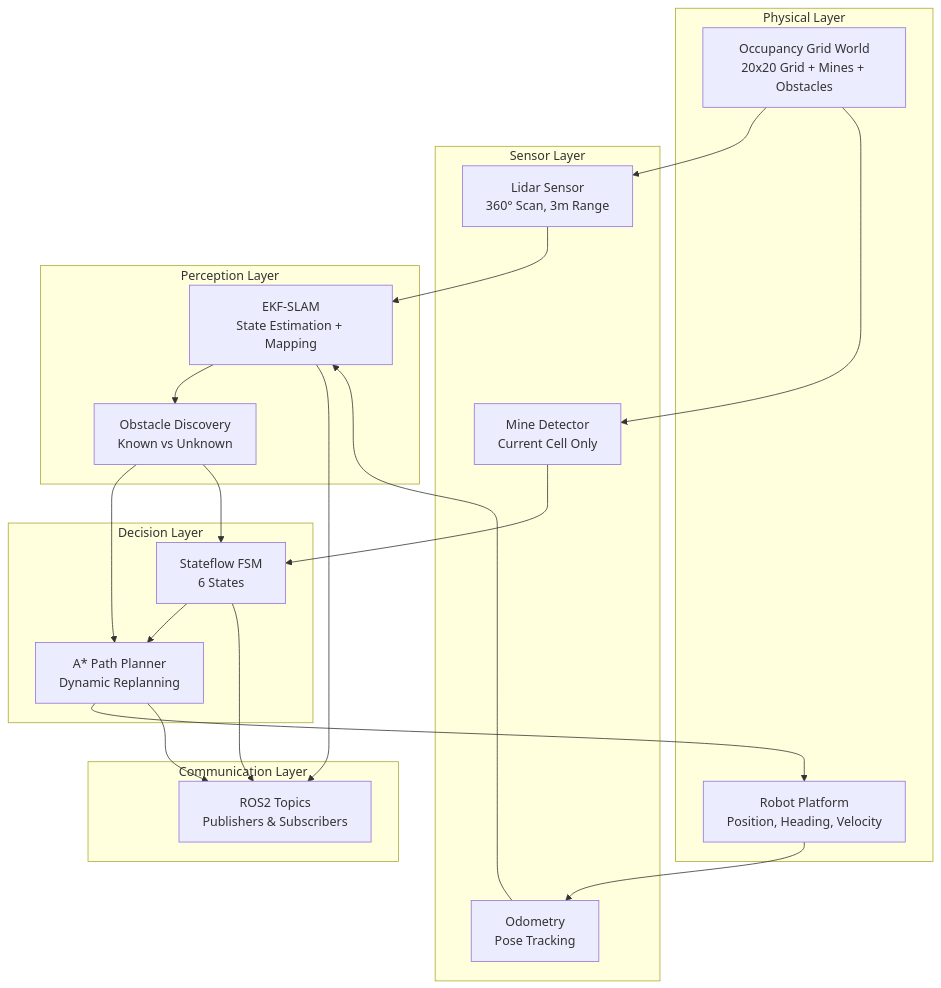
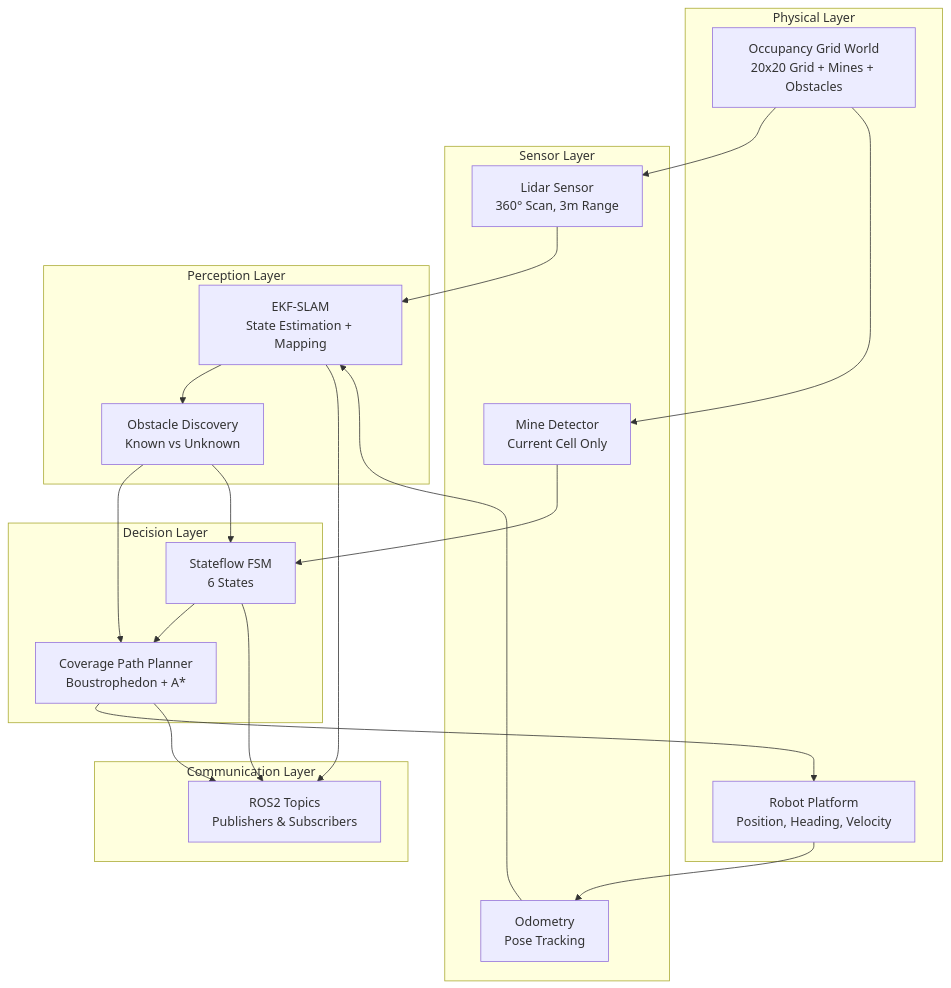
One commit to joeMo942/Mine-Sweeper-Robot changed the first of 4 diagrams in docs/ARCHITECTURE.md. Above: the diagram before and after it, drawn with Mermaid. The commit also changed other lines of this file and 6 other files, not shown here.

````diff
--- a/docs/ARCHITECTURE.md
+++ b/docs/ARCHITECTURE.md
@@ -5,46 +5,46 @@
 ```mermaid
 graph TB
     subgraph "Physical Layer"
         WORLD[Occupancy Grid World<br/>20x20 Grid + Mines + Obstacles]
         ROBOT[Robot Platform<br/>Position, Heading, Velocity]
     end
     
     subgraph "Sensor Layer"
         LIDAR[Lidar Sensor<br/>360° Scan, 3m Range]
         MINE_DET[Mine Detector<br/>Current Cell Only]
         ODOM[Odometry<br/>Pose Tracking]
     end
     
     subgraph "Perception Layer"
         SLAM[EKF-SLAM<br/>State Estimation + Mapping]
         DISCOVERY[Obstacle Discovery<br/>Known vs Unknown]
     end
     
     subgraph "Decision Layer"
         FSM[Stateflow FSM<br/>6 States]
-        PLANNER[A* Path Planner<br/>Dynamic Replanning]
+        PLANNER[Coverage Path Planner<br/>Boustrophedon + A*]
     end
     
     subgraph "Communication Layer"
         ROS2[ROS2 Topics<br/>Publishers & Subscribers]
     end
     
     WORLD --> LIDAR
     WORLD --> MINE_DET
     ROBOT --> ODOM
     
     LIDAR --> SLAM
     ODOM --> SLAM
     MINE_DET --> FSM
     
     SLAM --> DISCOVERY
     DISCOVERY --> PLANNER
     DISCOVERY --> FSM
     
     FSM --> PLANNER
     PLANNER --> ROBOT
     
     SLAM --> ROS2
     FSM --> ROS2
     PLANNER --> ROS2
 ```
````
